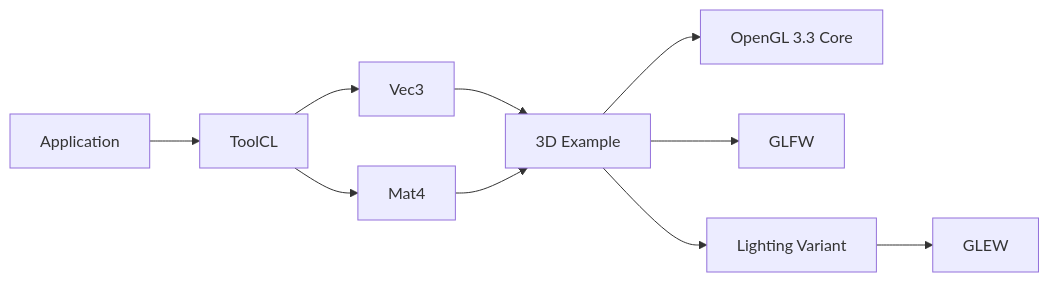
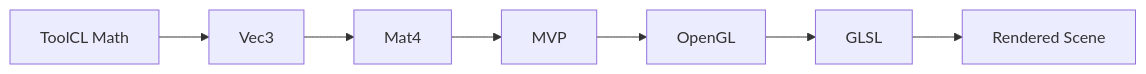
Before and after one commit to ToolGits/ToolCL: the second of 3 diagrams in README.md, drawn with Mermaid. The commit also changed other lines of this file, not shown here.

````diff
--- a/README.md
+++ b/README.md
@@ -246,19 +491,9 @@
 ```mermaid
 flowchart LR
-    APP[Application]
-
-    APP --> TOOLCL[ToolCL]
-
-    TOOLCL --> VEC3[Vec3]
-    TOOLCL --> MAT4[Mat4]
-
-    VEC3 --> GRAPHICS[3D Example]
-    MAT4 --> GRAPHICS
-
-    GRAPHICS --> OPENGL[OpenGL 3.3 Core]
-    GRAPHICS --> GLFW[GLFW]
-
-    LIGHTING[Lighting Variant] --> GLEW[GLEW]
-
-    GRAPHICS --> LIGHTING
+    A[ToolCL Math] --> B[Vec3]
+    B --> C[Mat4]
+    C --> D[MVP]
+    D --> E[OpenGL]
+    E --> F[GLSL]
+    F --> G[Rendered Scene]
 ```
````
